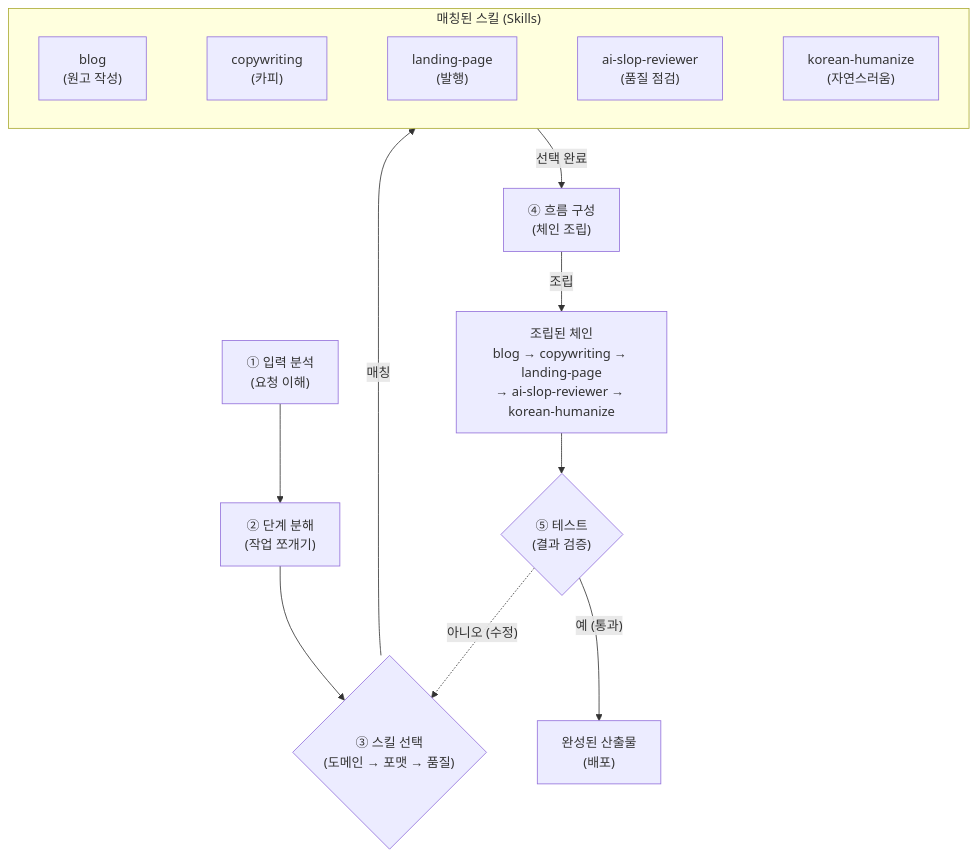
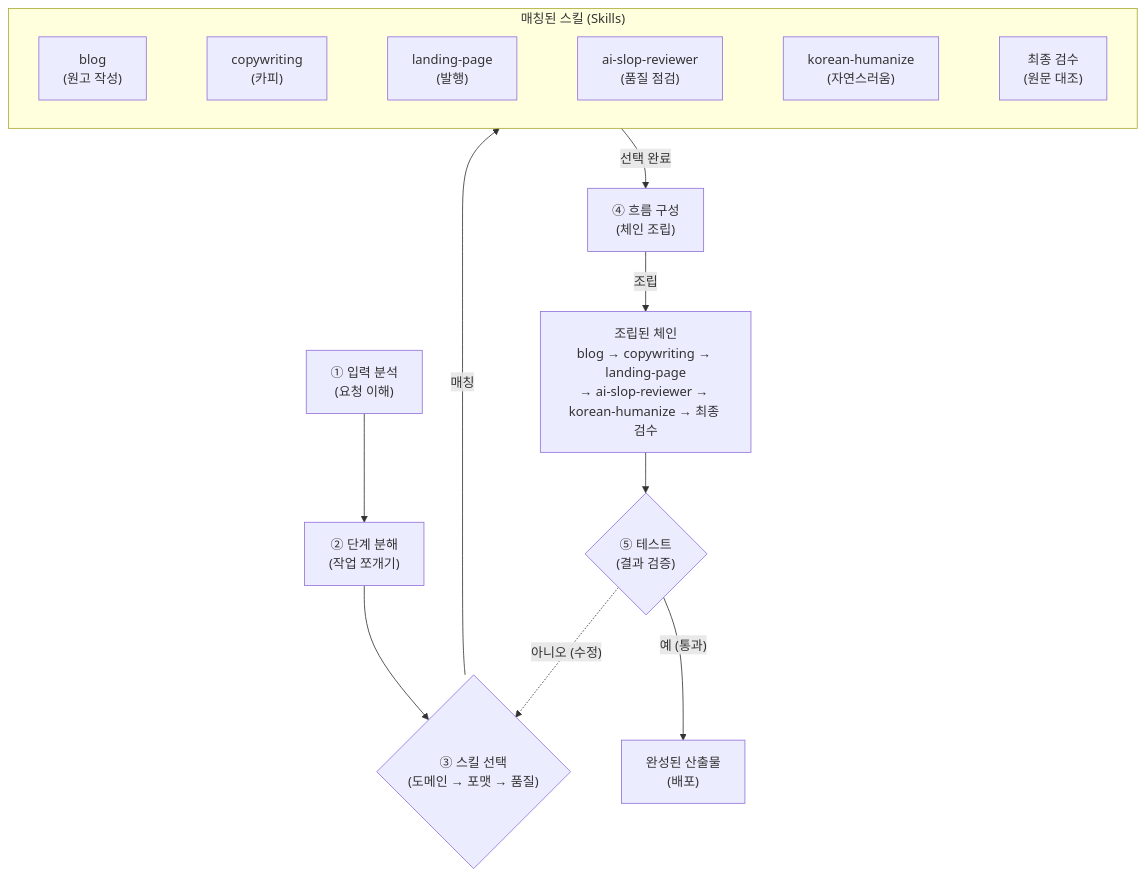
Before and after one commit to modu-ai/cowork-plugins: the second of 2 diagrams in www/content/cookbook/skill-chaining.md, drawn with Mermaid. The commit also changed other lines of this file and 113 other files, not shown here.

````diff
--- a/www/content/cookbook/skill-chaining.md
+++ b/www/content/cookbook/skill-chaining.md
@@ -82,27 +82,28 @@
 ```mermaid
 flowchart TD
    s1["① 입력 분석<br/>(요청 이해)"]
    s2["② 단계 분해<br/>(작업 쪼개기)"]
    s3{"③ 스킬 선택<br/>(도메인 → 포맷 → 품질)"}
    s4["④ 흐름 구성<br/>(체인 조립)"]
-   chain["조립된 체인<br/>blog → copywriting → landing-page<br/>→ ai-slop-reviewer → korean-humanize"]
+   chain["조립된 체인<br/>blog → copywriting → landing-page<br/>→ ai-slop-reviewer → korean-humanize → 최종 검수"]
    s5{"⑤ 테스트<br/>(결과 검증)"}
    s6["완성된 산출물<br/>(배포)"]
 
    s1 --> s2 --> s3
    s3 -- "매칭" --> grp
    grp -- "선택 완료" --> s4
    s4 -- "조립" --> chain --> s5
    s5 -- "예 (통과)" --> s6
    s5 -. "아니오 (수정)" .-> s3
 
    subgraph grp["매칭된 스킬 (Skills)"]
        direction LR
        sk1["blog<br/>(원고 작성)"]
        sk2["copywriting<br/>(카피)"]
        sk3["landing-page<br/>(발행)"]
        sk4["ai-slop-reviewer<br/>(품질 점검)"]
        sk5["korean-humanize<br/>(자연스러움)"]
-       sk1 ~~~ sk2 ~~~ sk3 ~~~ sk4 ~~~ sk5
+       sk6["최종 검수<br/>(원문 대조)"]
+       sk1 ~~~ sk2 ~~~ sk3 ~~~ sk4 ~~~ sk5 ~~~ sk6
    end
 ```
````
